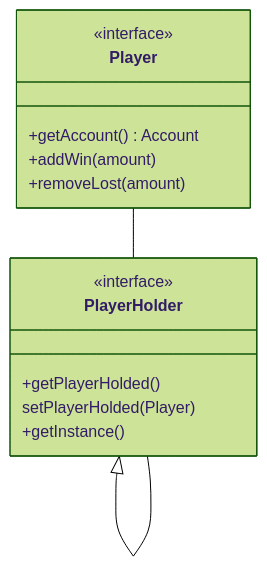
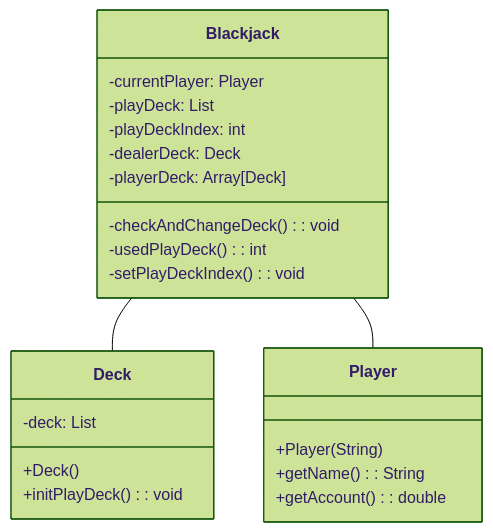
Before and after one commit to MatteoCalvanico/pss23-Calvanico-Monti-Ghinelli-VirtualCasino: the third of 6 diagrams in Relazione.md, drawn with Mermaid (forest theme). The commit also changed other lines of this file and 1 other file, not shown here.

````diff
--- a/Relazione.md
+++ b/Relazione.md
@@ -167,19 +166,28 @@
 ```mermaid
 classDiagram
-class Player {
-    +getAccount() Account
-    +addWin(amount)
-    +removeLost(amount)
+class Blackjack{
+    -currentPlayer: Player
+    -playDeck: List<Deck>
+    -playDeckIndex: int
+    -dealerDeck: Deck
+    -playerDeck: Array[Deck]
+    -checkAndChangeDeck(): void
+    -usedPlayDeck(): int
+    -setPlayDeckIndex(): void
 }
-<<interface>> Player
 
-class PlayerHolder {
-    +getPlayerHolded()
-    setPlayerHolded(Player)
-    +getInstance()
+class Deck{
+    -deck: List<Card>
+    +Deck()
+    +initPlayDeck(): void
 }
-<<interface>> PlayerHolder
 
-Player -- PlayerHolder
-PlayerHolder <|-- PlayerHolder
+class Player{
+    +Player(String)
+    +getName(): String
+    +getAccount(): double
+}
+
+Blackjack -- Deck
+Blackjack -- Player
 ```
````
